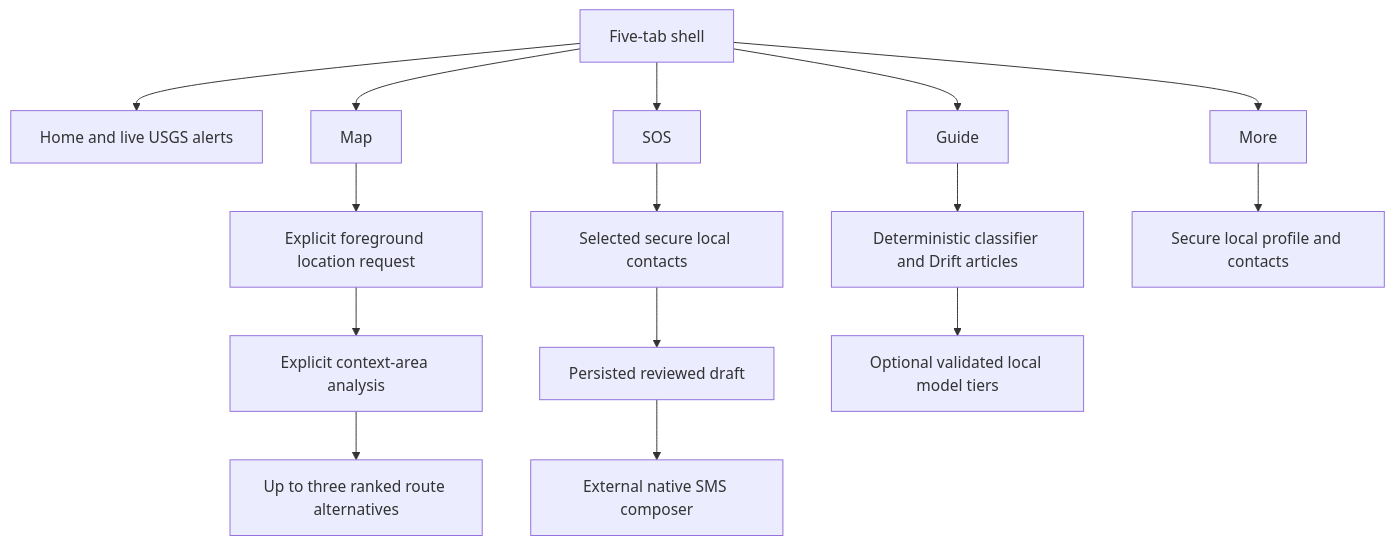
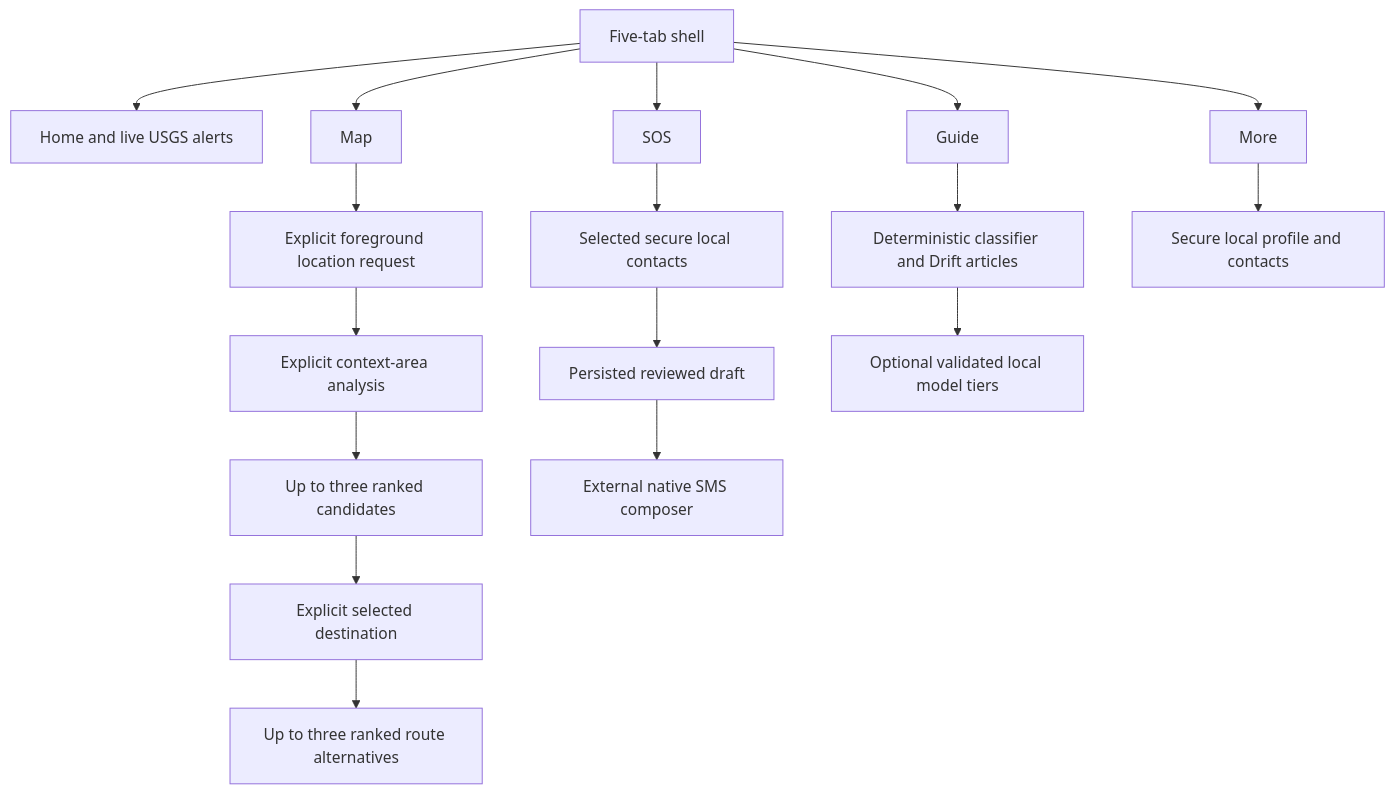
Before and after one commit to Aikozzzz/safe_myanmar: the diagram in docs/architecture/context-aware-mobile-flow.md, drawn with Mermaid. The commit also changed other lines of this file and 36 other files, not shown here.

````diff
--- a/docs/architecture/context-aware-mobile-flow.md
+++ b/docs/architecture/context-aware-mobile-flow.md
@@ -12,17 +12,19 @@
 ```mermaid
 flowchart TD
     A[Five-tab shell] --> H[Home and live USGS alerts]
     A --> M[Map]
     A --> S[SOS]
     A --> G[Guide]
     A --> P[More]
     M --> L[Explicit foreground location request]
     L --> N[Explicit context-area analysis]
-    N --> R[Up to three ranked route alternatives]
+    N --> N3[Up to three ranked candidates]
+    N3 --> R[Explicit selected destination]
+    R --> V[Up to three ranked route alternatives]
     S --> C[Selected secure local contacts]
     C --> D[Persisted reviewed draft]
     D --> X[External native SMS composer]
     G --> T[Deterministic classifier and Drift articles]
     T --> O[Optional validated local model tiers]
     P --> Q[Secure local profile and contacts]
 ```
````
